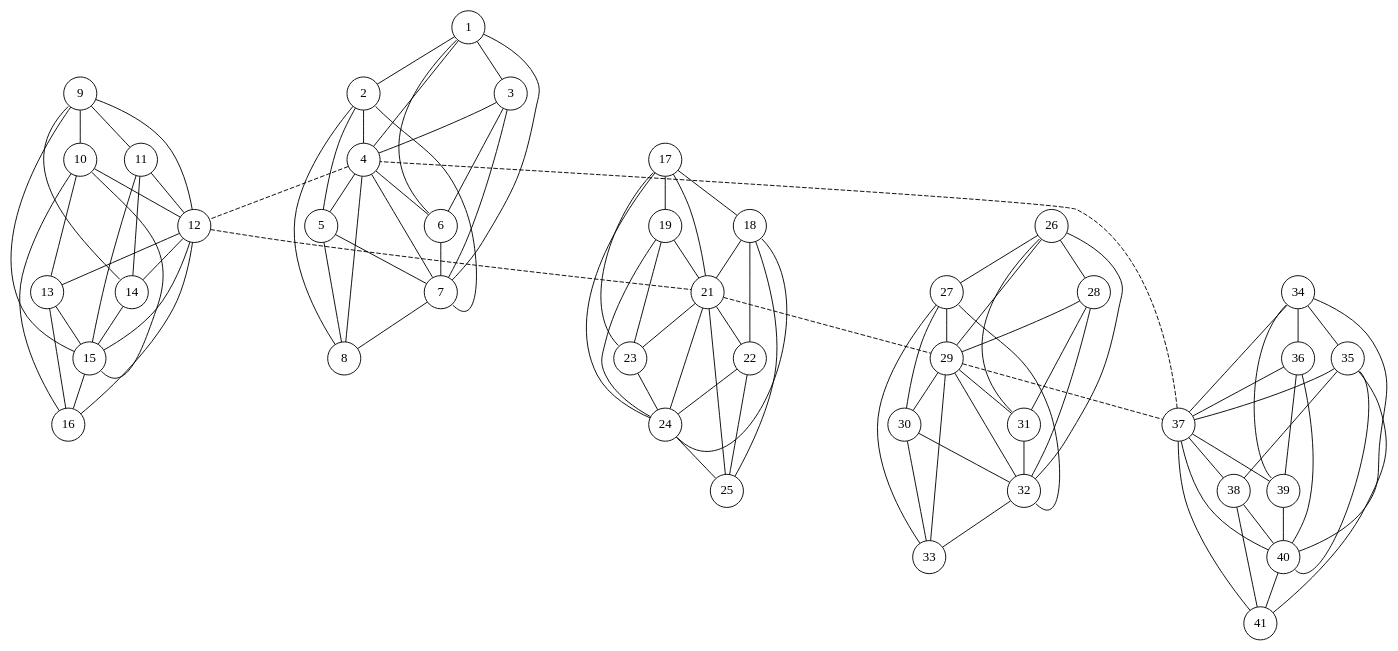
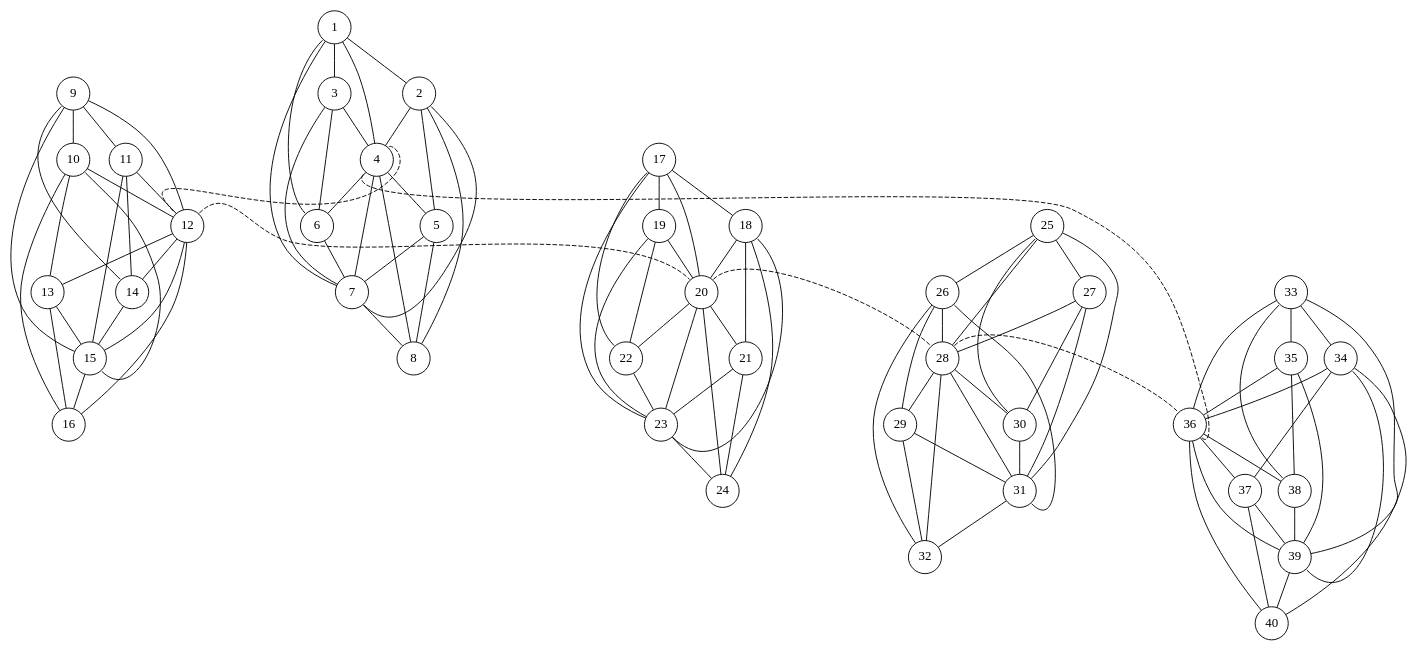
One commit to vladklokun/university-stuff changed the diagram in y03s02/computer-systems/coursework/02-report/assets/cluster-08-04-ring-s05.dot. Above: the diagram before and after it, drawn with Graphviz. The commit also changed 25 other files, not shown here.

Commit message:
Y03S02: Computer Systems: Coursework 01: update diagrams, fix figure and table placement. (Version 01).

```diff
--- a/y03s02/computer-systems/coursework/02-report/assets/cluster-08-04-ring-s05.dot
+++ b/y03s02/computer-systems/coursework/02-report/assets/cluster-08-04-ring-s05.dot
@@ -1,137 +1,137 @@
 /*
  * Build using:
  * neato -Tpdf -O cluster_08.dot
  *
  */
 graph {
 	graph [
 		overlap=true,
 		splines=true,
 		margin = "0,0",
 		fontname = "STIX Two Math",
 		esep = "0.5"
 	];
 
 	node [
 		shape=circle,
 		fixedsize=true, // don't allow nodes to change sizes dynamically
 		width=0.5, // relative to the underlying coordinate grid?
 		color="black", // node border color (X11 or HTML colors)
 		fillcolor="white", // node fill color (X11 or HTML colors)
 		fontname = "STIX Two Math",
 	];
 
 	edge [
 	];
 
-	c1n1 [pos="-02.00, 02.00!", label="1"];
-	c1n2 [pos="-01.00, 02.00!", label="2"];
-	c1n3 [pos="-02.50, 01.00!", label="3"];
-	c1n4 [pos="-01.50, 01.00!", label="4"];
-	c1n5 [pos="-00.50, 01.00!", label="5"];
-	c1n6 [pos="-03.00, 00.00!", label="6"];
-	c1n7 [pos="-02.00, 00.00!", label="7"];
-	c1n8 [pos="-01.00, 00.00!", label="8"];
+	c1n1 [pos="01.00, 02.00!", label="1"];
+	c1n2 [pos="02.00, 02.00!", label="2"];
+	c1n3 [pos="00.50, 01.00!", label="3"];
+	c1n4 [pos="01.50, 01.00!", label="4"];
+	c1n5 [pos="02.50, 01.00!", label="5"];
+	c1n6 [pos="00.00, 00.00!", label="6"];
+	c1n7 [pos="01.00, 00.00!", label="7"];
+	c1n8 [pos="02.00, 00.00!", label="8"];
 	subgraph 1 {
 		c1n1:sw -- c1n6:nw;
 		c1n1 -- {c1n3 c1n7 c1n4 c1n2};
 		c1n2 -- {c1n4 c1n8 c1n5};
 		c1n2:se -- c1n7:se;
 		c1n3 -- {c1n4 c1n7 c1n6};
 		c1n4 -- {c1n5 c1n8 c1n7 c1n6};
 		c1n5 -- {c1n7 c1n8};
 		c1n6 -- {c1n7};
 		c1n7 -- {c1n8 };
 		c1n8 -- {};
 	}
 
-	c2n1 [pos="-02.00, 05.00!", label="9"];
-	c2n2 [pos="-01.00, 05.00!", label="10"];
-	c2n3 [pos="-02.50, 04.00!", label="11"];
-	c2n4 [pos="-01.50, 04.00!", label="12"];
-	c2n5 [pos="-00.50, 04.00!", label="13"];
-	c2n6 [pos="-03.00, 03.00!", label="14"];
-	c2n7 [pos="-02.00, 03.00!", label="15"];
-	c2n8 [pos="-01.00, 03.00!", label="16"];
+	c2n1 [pos="04.00, 02.00!", label="9"];
+	c2n2 [pos="05.00, 02.00!", label="10"];
+	c2n3 [pos="03.50, 01.00!", label="11"];
+	c2n4 [pos="04.50, 01.00!", label="12"];
+	c2n5 [pos="05.50, 01.00!", label="13"];
+	c2n6 [pos="03.00, 00.00!", label="14"];
+	c2n7 [pos="04.00, 00.00!", label="15"];
+	c2n8 [pos="05.00, 00.00!", label="16"];
 	subgraph 2 {
 		c2n1:sw -- c2n6:nw;
 		c2n1 -- {c2n3 c2n7 c2n4 c2n2};
 		c2n2 -- {c2n4 c2n8 c2n5};
 		c2n2:se -- c2n7:se;
 		c2n3 -- {c2n4 c2n7 c2n6};
 		c2n4 -- {c2n5 c2n8 c2n7 c2n6};
 		c2n5 -- {c2n7 c2n8};
 		c2n6 -- {c2n7};
 		c2n7 -- {c2n8 };
 		c2n8 -- {};
 	}
 
-	c3n1 [pos="01.00, 05.00!", label="17"];
-	c3n2 [pos="02.00, 05.00!", label="18"];
-	c3n3 [pos="00.50, 04.00!", label="19"];
-	c3n4 [pos="01.50, 04.00!", label="21"];
-	c3n5 [pos="02.50, 04.00!", label="22"];
-	c3n6 [pos="00.00, 03.00!", label="23"];
-	c3n7 [pos="01.00, 03.00!", label="24"];
-	c3n8 [pos="02.00, 03.00!", label="25"];
+	c3n1 [pos="07.00, 02.00!", label="17"];
+	c3n2 [pos="08.00, 02.00!", label="18"];
+	c3n3 [pos="06.50, 01.00!", label="19"];
+	c3n4 [pos="07.50, 01.00!", label="20"];
+	c3n5 [pos="08.50, 01.00!", label="21"];
+	c3n6 [pos="06.00, 00.00!", label="22"];
+	c3n7 [pos="07.00, 00.00!", label="23"];
+	c3n8 [pos="08.00, 00.00!", label="24"];
 	subgraph 3 {
 		c3n1:sw -- c3n6:nw;
 		c3n1 -- {c3n3 c3n7 c3n4 c3n2};
 		c3n2 -- {c3n4 c3n8 c3n5};
 		c3n2:se -- c3n7:se;
 		c3n3 -- {c3n4 c3n7 c3n6};
 		c3n4 -- {c3n5 c3n8 c3n7 c3n6};
 		c3n5 -- {c3n7 c3n8};
 		c3n6 -- {c3n7};
 		c3n7 -- {c3n8 };
 		c3n8 -- {};
 	}
 
-	c4n1 [pos="04.00, 05.00!", label="26"];
-	c4n2 [pos="05.00, 05.00!", label="27"];
-	c4n3 [pos="03.50, 04.00!", label="28"];
-	c4n4 [pos="04.50, 04.00!", label="29"];
-	c4n5 [pos="05.50, 04.00!", label="30"];
-	c4n6 [pos="03.00, 03.00!", label="31"];
-	c4n7 [pos="04.00, 03.00!", label="32"];
-	c4n8 [pos="05.00, 03.00!", label="33"];
+	c4n1 [pos="10.00, 02.00!", label="25"];
+	c4n2 [pos="11.00, 02.00!", label="26"];
+	c4n3 [pos="09.50, 01.00!", label="27"];
+	c4n4 [pos="10.50, 01.00!", label="28"];
+	c4n5 [pos="11.50, 01.00!", label="29"];
+	c4n6 [pos="09.00, 00.00!", label="30"];
+	c4n7 [pos="10.00, 00.00!", label="31"];
+	c4n8 [pos="11.00, 00.00!", label="32"];
 	subgraph 4 {
 		c4n1:sw -- c4n6:nw;
 		c4n1 -- {c4n3 c4n7 c4n4 c4n2};
 		c4n2 -- {c4n4 c4n8 c4n5};
 		c4n2:se -- c4n7:se;
 		c4n3 -- {c4n4 c4n7 c4n6};
 		c4n4 -- {c4n5 c4n8 c4n7 c4n6};
 		c4n5 -- {c4n7 c4n8};
 		c4n6 -- {c4n7};
 		c4n7 -- {c4n8 };
 		c4n8 -- {};
 	}
 
-	c5n1 [pos="04.00, 02.00!", label="34"];
-	c5n2 [pos="05.00, 02.00!", label="35"];
-	c5n3 [pos="03.50, 01.00!", label="36"];
-	c5n4 [pos="04.50, 01.00!", label="37"];
-	c5n5 [pos="05.50, 01.00!", label="38"];
-	c5n6 [pos="03.00, 00.00!", label="39"];
-	c5n7 [pos="04.00, 00.00!", label="40"];
-	c5n8 [pos="05.00, 00.00!", label="41"];
+	c5n1 [pos="13.00, 02.00!", label="33"];
+	c5n2 [pos="14.00, 02.00!", label="34"];
+	c5n3 [pos="12.50, 01.00!", label="35"];
+	c5n4 [pos="13.50, 01.00!", label="36"];
+	c5n5 [pos="14.50, 01.00!", label="37"];
+	c5n6 [pos="12.00, 00.00!", label="38"];
+	c5n7 [pos="13.00, 00.00!", label="39"];
+	c5n8 [pos="14.00, 00.00!", label="40"];
 	subgraph 5 {
 		c5n1:sw -- c5n6:nw;
 		c5n1 -- {c5n3 c5n7 c5n4 c5n2};
 		c5n2 -- {c5n4 c5n8 c5n5};
 		c5n2:se -- c5n7:se;
 		c5n3 -- {c5n4 c5n7 c5n6};
 		c5n4 -- {c5n5 c5n8 c5n7 c5n6};
 		c5n5 -- {c5n7 c5n8};
 		c5n6 -- {c5n7};
 		c5n7 -- {c5n8 };
 		c5n8 -- {};
 	}
 
-	c1n4 -- c2n4 [style = dashed];
-	c2n4 -- c3n4 [style = dashed];
-	c3n4 -- c4n4 [style = dashed];
-	c4n4 -- c5n4 [style = dashed];
-	c5n4 -- c1n4 [style = dashed];
+	c1n4:ne -- c2n4:nw [style = dashed];
+	c2n4:ne -- c3n4:nw [style = dashed];
+	c3n4:ne -- c4n4:nw [style = dashed];
+	c4n4:ne -- c5n4:nw [style = dashed];
+	c5n4:se -- c1n4:sw [style = dashed];
 }
```
